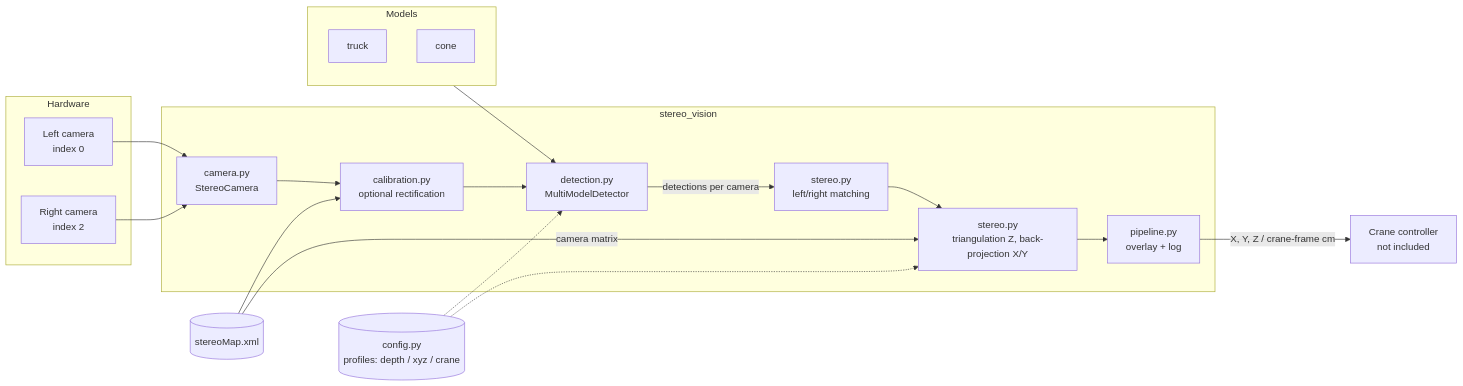
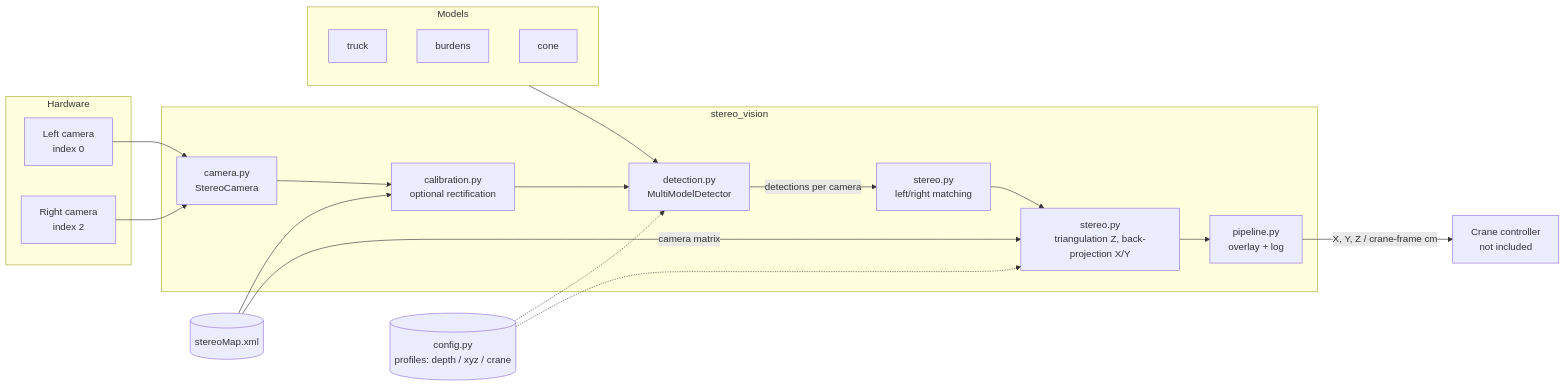
Before and after one commit to khadija2027/Autonomous-Overhead-Crane: the diagram in README.md, drawn with Mermaid.

Commit message:
Fix model names in README.md

````diff
--- a/README.md
+++ b/README.md
@@ -18,37 +18,37 @@
 ```mermaid
 flowchart LR
     subgraph Hardware
         L[Left camera<br/>index 0]
         R[Right camera<br/>index 2]
     end
 
     subgraph stereo_vision
         CAM[camera.py<br/>StereoCamera]
         RECT[calibration.py<br/>optional rectification]
         DET[detection.py<br/>MultiModelDetector]
         MATCH[stereo.py<br/>left/right matching]
         TRI[stereo.py<br/>triangulation Z, back-projection X/Y]
         OUT[pipeline.py<br/>overlay + log]
     end
 
     subgraph Models
         M1[truck]
-        M2['burdens']
-        M2[cone]
+        M2[burdens]
+        M3[cone]
         
     end
 
     CFG[(config.py<br/>profiles: depth / xyz / crane)]
     MAP[(stereoMap.xml)]
 
     L --> CAM
     R --> CAM
     CAM --> RECT --> DET
     Models --> DET
     DET -->|detections per camera| MATCH --> TRI --> OUT
     MAP --> RECT
     MAP -->|camera matrix| TRI
     CFG -.-> DET
     CFG -.-> TRI
     OUT -->|X, Y, Z / crane-frame cm| CTRL[Crane controller<br/>not included]
 ```
````
